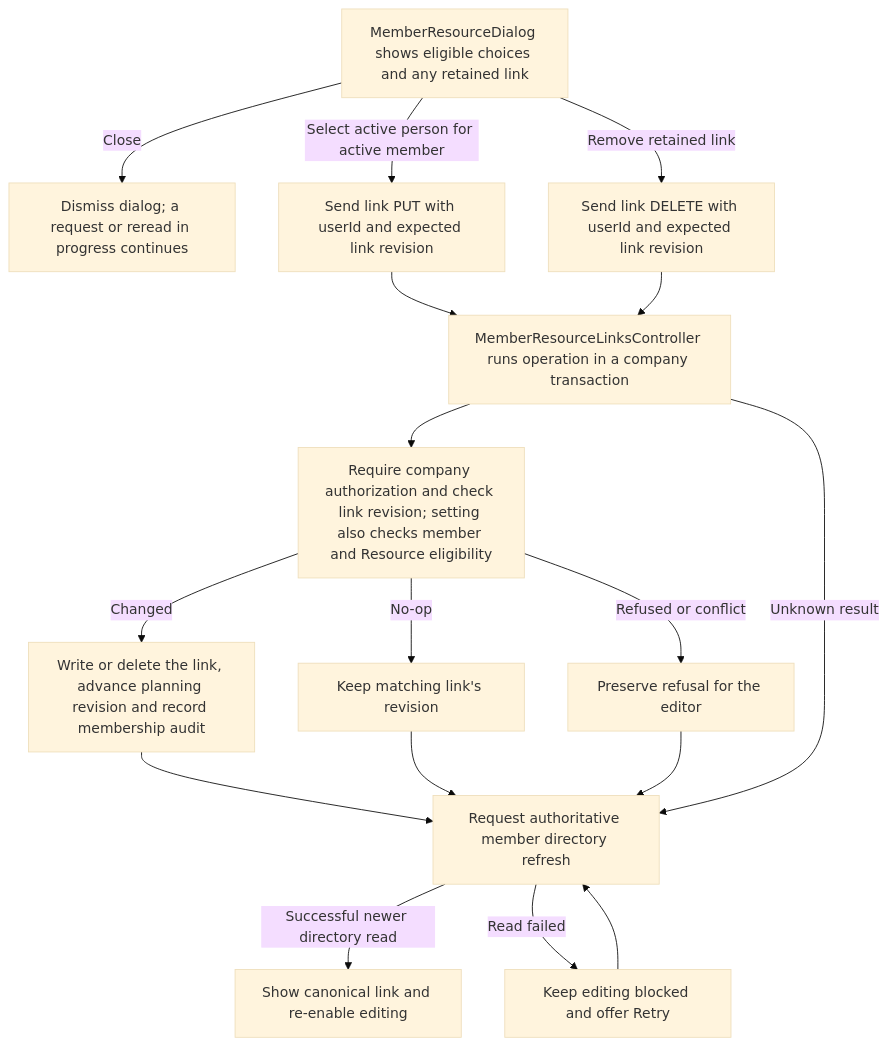
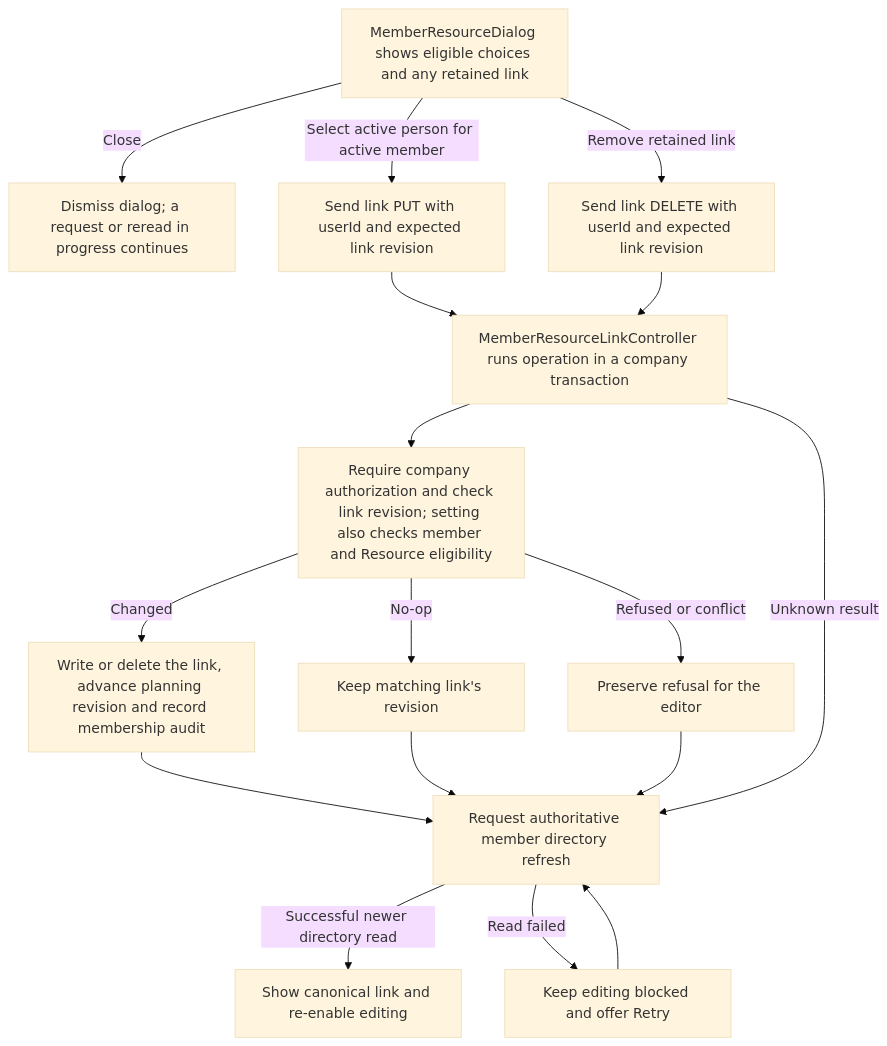
The second of 2 diagrams in user-stories/team/US-TEAM-07-link-resource.md (Kevinjohn/capacitylens), drawn with Mermaid (base theme) before and after one commit. The commit also changed other lines of this file and 50 other files, not shown here.

````diff
--- a/user-stories/team/US-TEAM-07-link-resource.md
+++ b/user-stories/team/US-TEAM-07-link-resource.md
@@ -35,19 +35,19 @@
 ```mermaid
 flowchart TD
   row["MemberResourceDialog shows eligible choices and any retained link"] -->|Close| close["Dismiss dialog; a request or reread in progress continues"]
   row -->|Select active person for active member| set["Send link PUT with userId and expected link revision"]
   row -->|Remove retained link| remove["Send link DELETE with userId and expected link revision"]
-  set --> tx["MemberResourceLinksController runs operation in a company transaction"]
+  set --> tx["MemberResourceLinkController runs operation in a company transaction"]
   remove --> tx
   tx --> checks["Require company authorization and check link revision; setting also checks member and Resource eligibility"]
   checks -->|Changed| write["Write or delete the link, advance planning revision and record membership audit"]
   checks -->|No-op| retain["Keep matching link's revision"]
   checks -->|Refused or conflict| error["Preserve refusal for the editor"]
   write --> reread["Request authoritative member directory refresh"]
   retain --> reread
   error --> reread
   tx -->|Unknown result| reread
   reread -->|Successful newer directory read| unlock["Show canonical link and re-enable editing"]
   reread -->|Read failed| retry["Keep editing blocked and offer Retry"]
   retry --> reread
 ```
````
